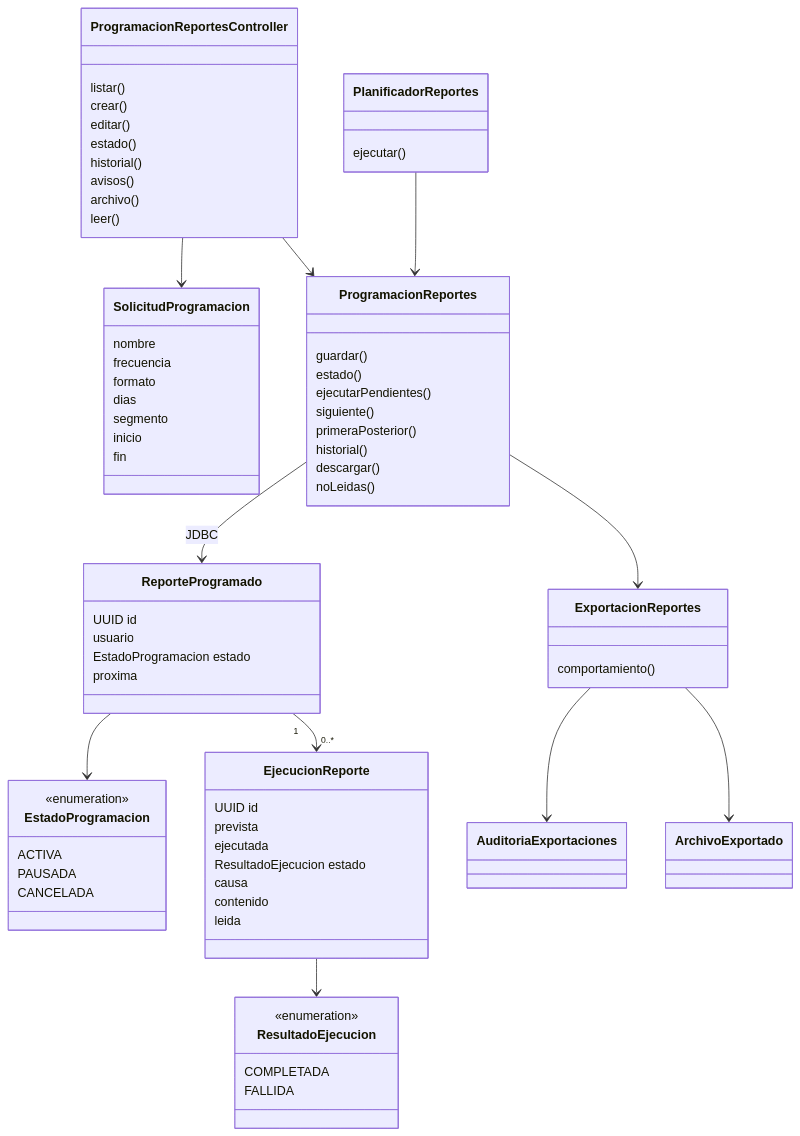
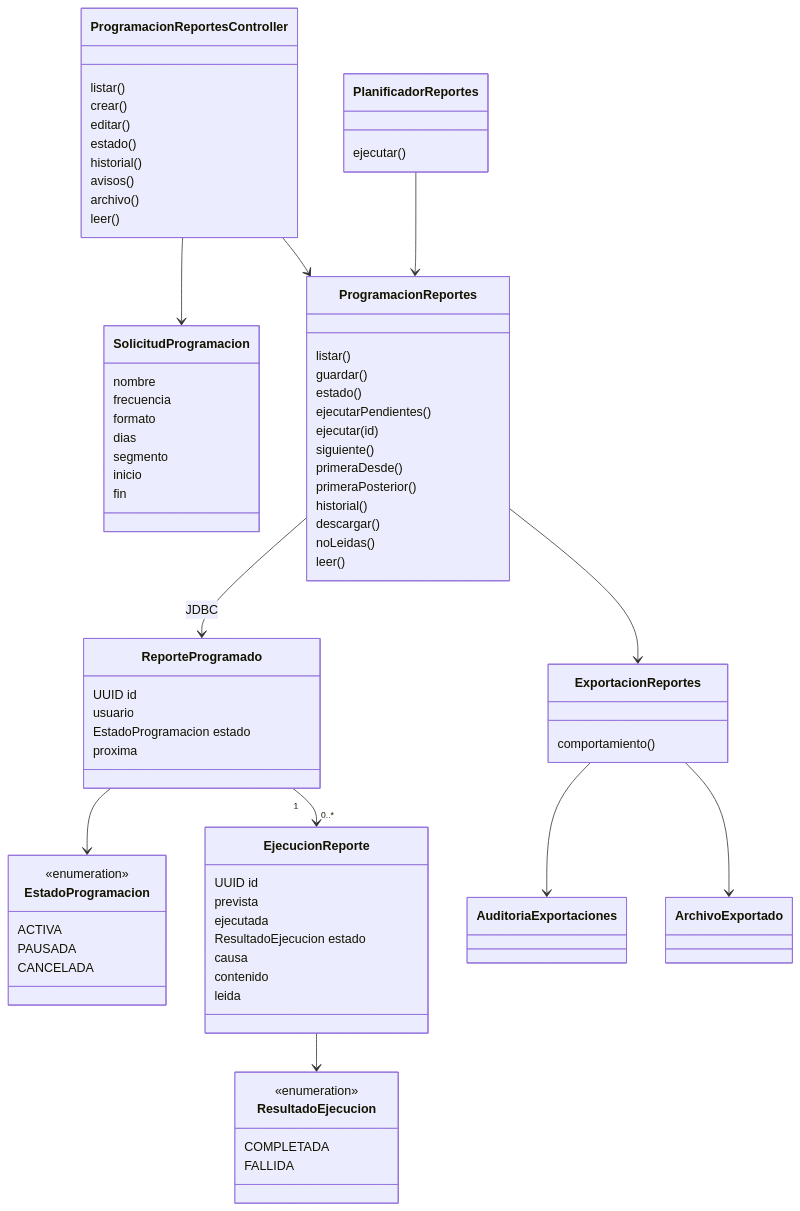
The first of 2 diagrams in docs/compra/reportes-programados-diagramas.md (daniel69zz/equipob-crm), drawn with Mermaid before and after one commit. The commit also changed other lines of this file, not shown here.

Commit message:
docs(compra): SCRUM-61 alinear los diagramas de los reportes programados con el codigo

````diff
--- a/docs/compra/reportes-programados-diagramas.md
+++ b/docs/compra/reportes-programados-diagramas.md
@@ -5,74 +5,78 @@
 ```mermaid
 classDiagram
     class SolicitudProgramacion {
         nombre
         frecuencia
         formato
         dias
         segmento
         inicio
         fin
     }
     class ProgramacionReportesController {
         listar()
         crear()
         editar()
         estado()
         historial()
         avisos()
         archivo()
         leer()
     }
     class ProgramacionReportes {
+        listar()
         guardar()
         estado()
         ejecutarPendientes()
+        ejecutar(id)
         siguiente()
+        primeraDesde()
         primeraPosterior()
         historial()
         descargar()
         noLeidas()
+        leer()
     }
     class PlanificadorReportes {
         ejecutar()
     }
     class ExportacionReportes {
         comportamiento()
     }
     class EstadoProgramacion {
         <<enumeration>>
         ACTIVA
         PAUSADA
         CANCELADA
     }
     class ResultadoEjecucion {
         <<enumeration>>
         COMPLETADA
         FALLIDA
     }
     class ReporteProgramado {
         UUID id
         usuario
         EstadoProgramacion estado
         proxima
     }
     class EjecucionReporte {
         UUID id
         prevista
         ejecutada
         ResultadoEjecucion estado
         causa
         contenido
         leida
     }
     ProgramacionReportesController --> SolicitudProgramacion
     ProgramacionReportesController --> ProgramacionReportes
     PlanificadorReportes --> ProgramacionReportes
     ProgramacionReportes --> ExportacionReportes
     ProgramacionReportes --> ReporteProgramado : JDBC
     ReporteProgramado "1" --> "0..*" EjecucionReporte
     ReporteProgramado --> EstadoProgramacion
     EjecucionReporte --> ResultadoEjecucion
     ExportacionReportes --> AuditoriaExportaciones
     ExportacionReportes --> ArchivoExportado
 ```
````
